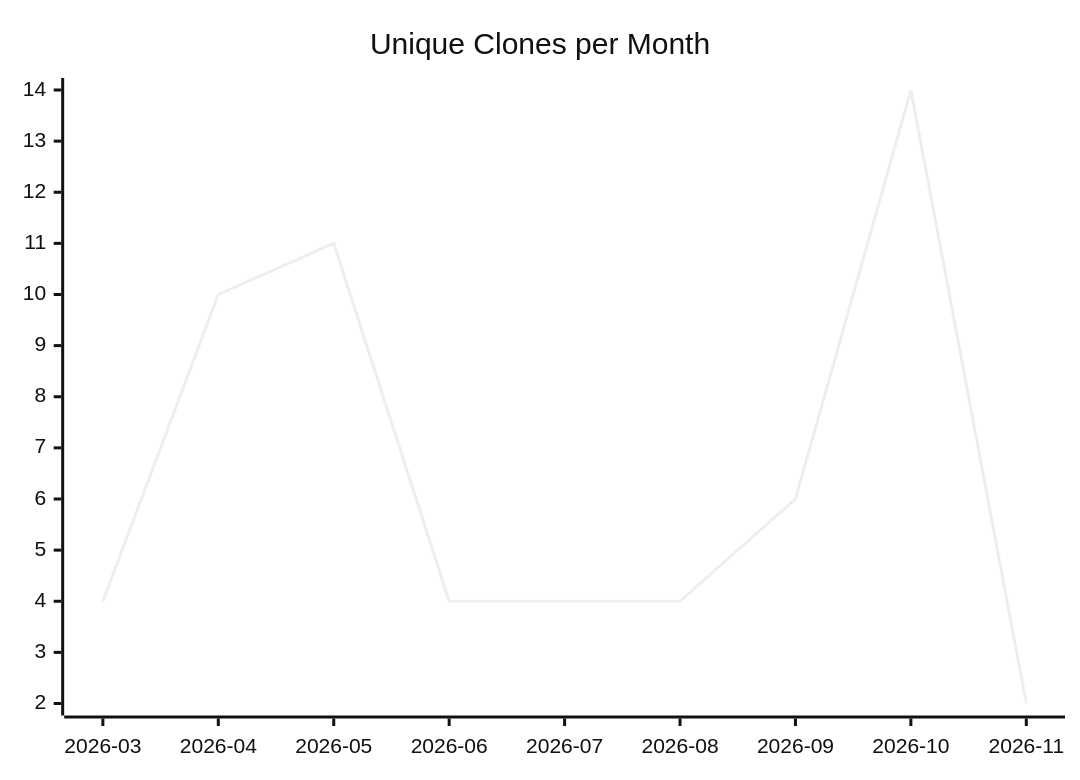
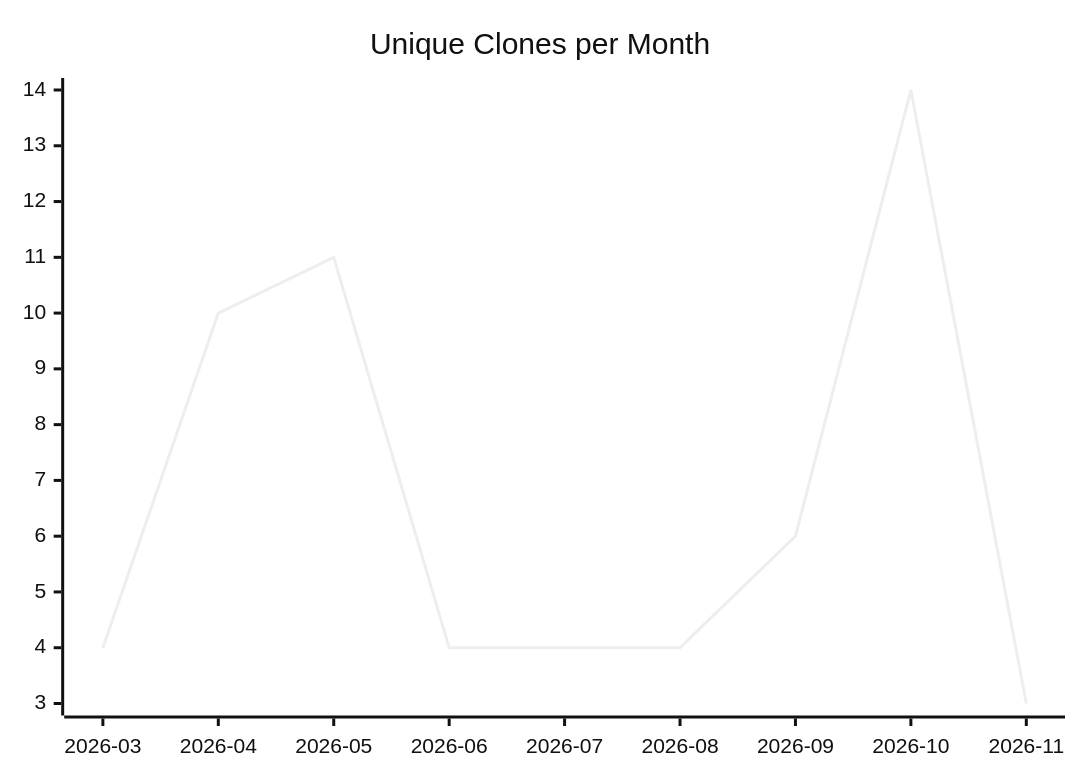
Before and after one commit to justdavis-family/github-analytics-data: the third of 3 diagrams in karlmdavis/workstation-base-ansible-role/README.md, drawn with Mermaid (neutral theme). The commit also changed other lines of this file and 192 other files, not shown here.

````diff
--- a/karlmdavis/workstation-base-ansible-role/README.md
+++ b/karlmdavis/workstation-base-ansible-role/README.md
@@ -19,6 +19,6 @@
 ```mermaid
 xychart-beta
   title "Unique Clones per Month"
   x-axis ["2026-03", "2026-04", "2026-05", "2026-06", "2026-07", "2026-08", "2026-09", "2026-10", "2026-11"]
-  line [4, 10, 11, 4, 4, 4, 6, 14, 2]
+  line [4, 10, 11, 4, 4, 4, 6, 14, 3]
 ```
````
